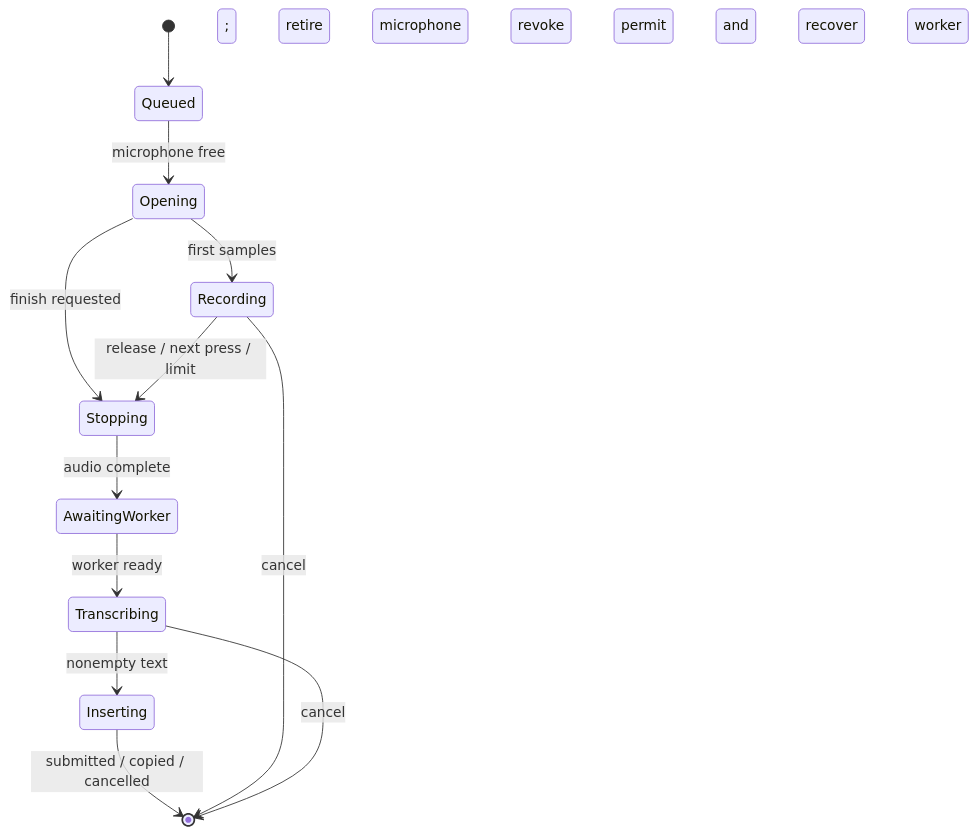
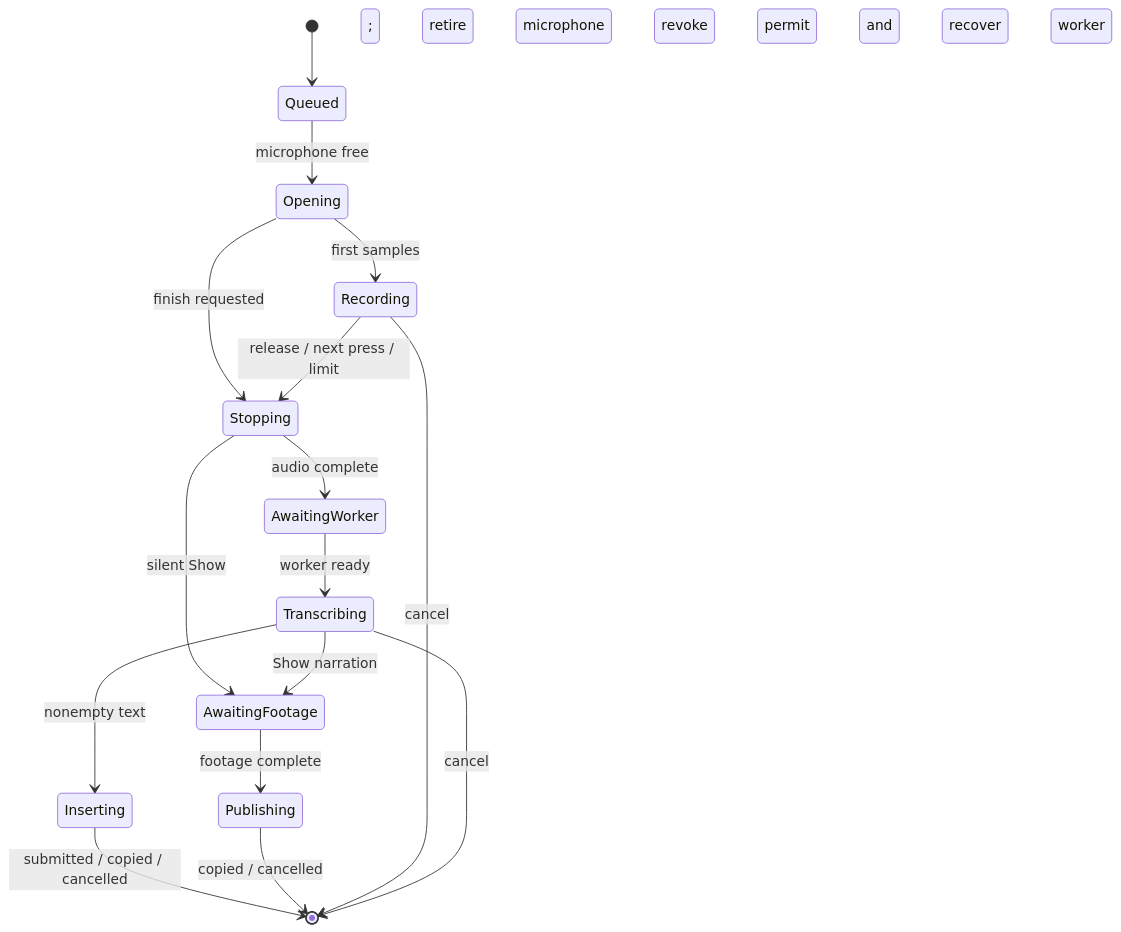
Before and after one commit to KrishRVH/speakeasy: the second of 2 diagrams in docs/architecture.md, drawn with Mermaid. The commit also changed other lines of this file and 5 other files, not shown here.

````diff
--- a/docs/architecture.md
+++ b/docs/architecture.md
@@ -101,14 +106,18 @@
 ```mermaid
 stateDiagram-v2
     [*] --> Queued
     Queued --> Opening: microphone free
     Opening --> Recording: first samples
     Opening --> Stopping: finish requested
     Recording --> Stopping: release / next press / limit
     Stopping --> AwaitingWorker: audio complete; retire microphone
     AwaitingWorker --> Transcribing: worker ready
     Transcribing --> Inserting: nonempty text
     Inserting --> [*]: submitted / copied / cancelled
+    Stopping --> AwaitingFootage: silent Show
+    Transcribing --> AwaitingFootage: Show narration
+    AwaitingFootage --> Publishing: footage complete
+    Publishing --> [*]: copied / cancelled
     Recording --> [*]: cancel; revoke permit and retire
     Transcribing --> [*]: cancel; revoke permit and recover worker
 ```
````
